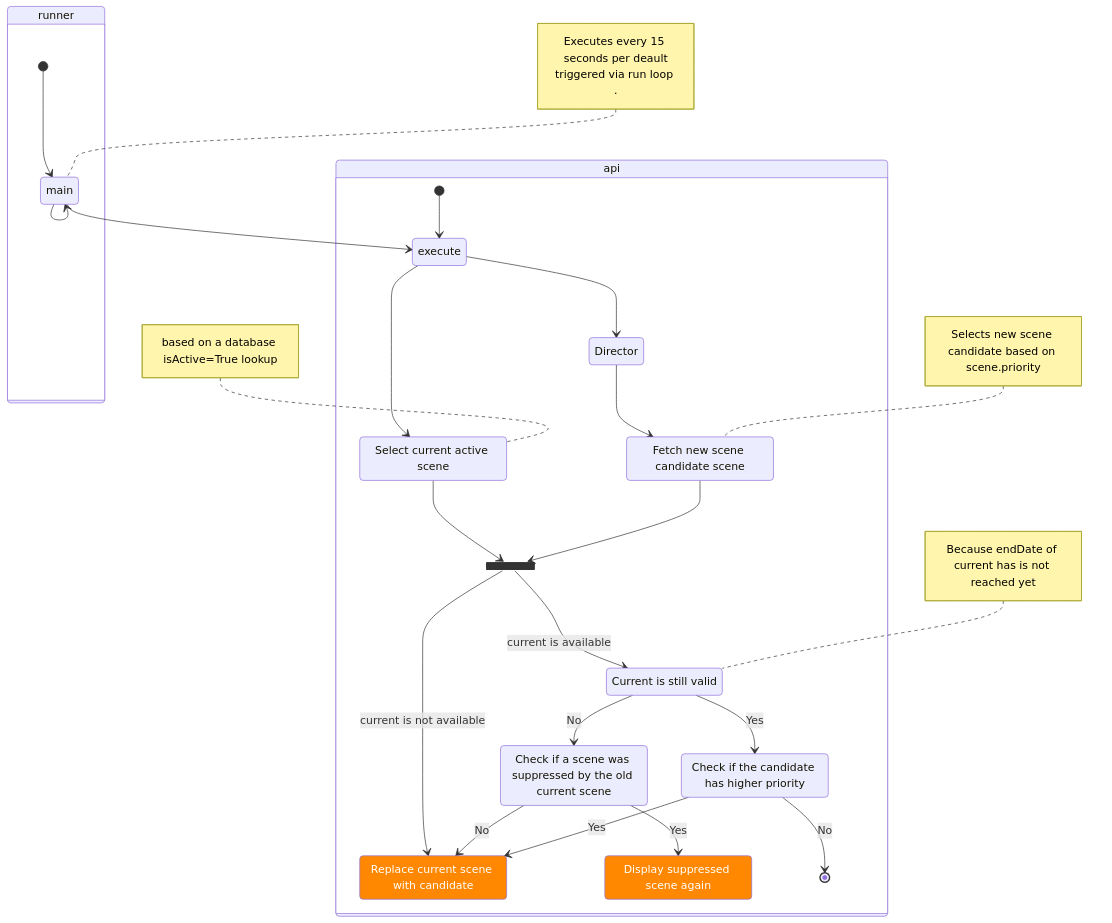
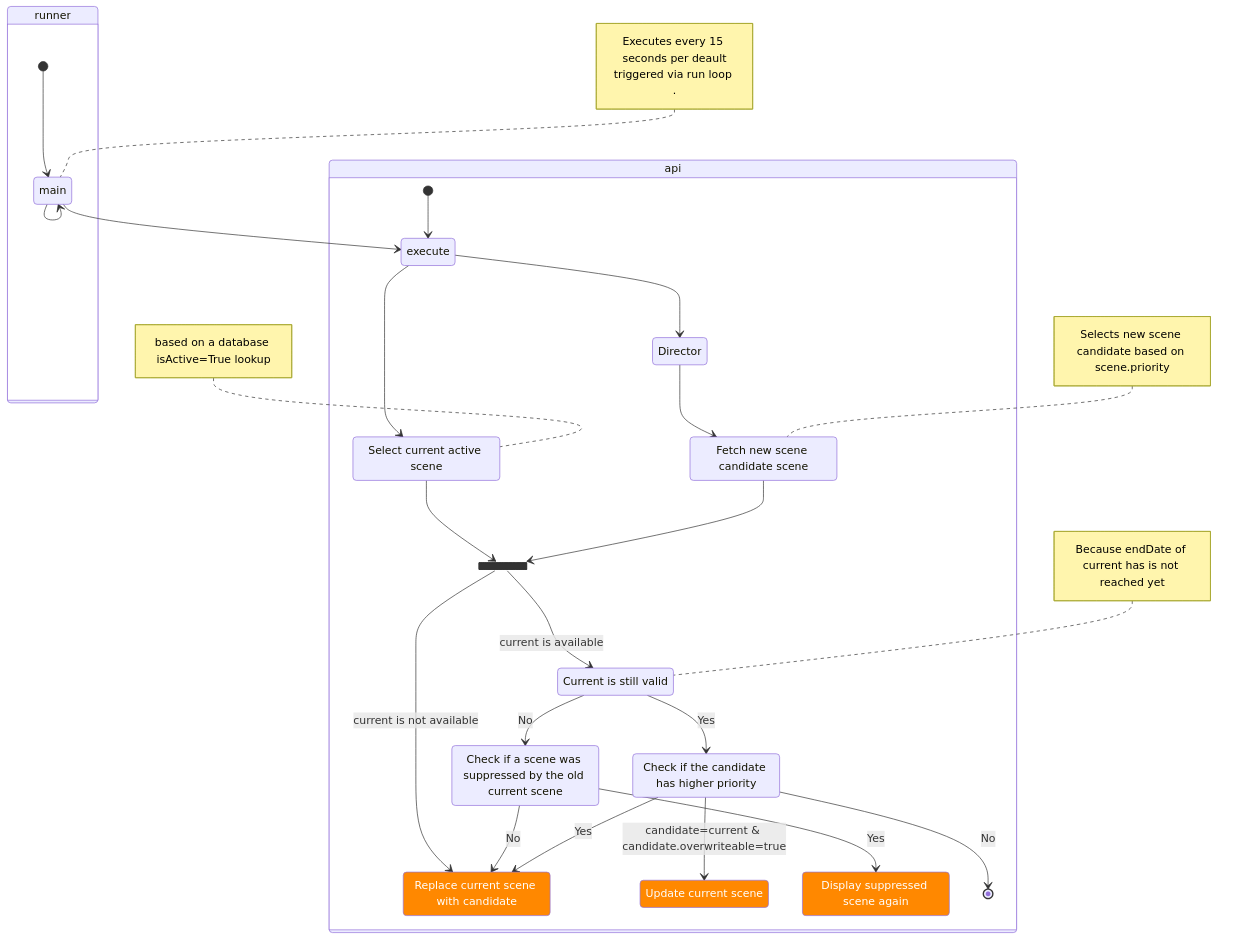
One commit to mrJakez/vestascenes changed the diagram in README.md. Above: the diagram before and after it, drawn with Mermaid.

Commit message:
update diagram

````diff
--- a/README.md
+++ b/README.md
@@ -11,69 +11,72 @@
 ```mermaid
 stateDiagram-v2
     classDef displayEvent fill:#f80,color:white
 
     state runner {
 
         direction TB
         [*] --> main
         note left of main
             Executes every 15 seconds per deault
             triggered via run loop 
             .
         end note
         main --> execute
         main --> main
         
     }
     state api {
         direction TB
 
         selectCurrent: Select current active scene
         selectCandidate: Fetch new scene candidate scene
         
         [*] --> execute
         execute --> Director
         Director --> selectCandidate
         note left of selectCandidate
             Selects new scene candidate based on scene.priority
         end note
         execute --> selectCurrent
         note left of selectCurrent
             based on a database isActive=True lookup
         end note
         
         state combine <<join>>
         selectCurrent --> combine
         selectCandidate --> combine
         
         state "Check if the candidate has higher priority" as candidate_prio_check
 
         state "Check if a scene was suppressed by the old current scene" as suppressed_check
         
         
         state "Current is still valid" as current_is_valid
         state "Replace current scene with candidate" as replace_with_candidate
+        state "Update current scene" as update_current
         state "Display suppressed scene again" as replace_with_suppressed
                
         combine --> current_is_valid: current is available
         note left of current_is_valid
             Because endDate of current has is not reached yet
         end note
         combine --> replace_with_candidate: current is not available
         current_is_valid --> candidate_prio_check: Yes
         current_is_valid --> suppressed_check: No
         suppressed_check --> replace_with_suppressed: Yes
         suppressed_check --> replace_with_candidate: No
         
         candidate_prio_check --> [*]: No
         candidate_prio_check --> replace_with_candidate: Yes
+        candidate_prio_check --> update_current: candidate=current & candidate.overwriteable=true
+
         
         
 
         
     }
     
     class replace_with_candidate displayEvent
-    class replace_with_suppressed displayEvent
-
+    class replace_with_suppressed displayEvent    
+    class update_current displayEvent
 ```
````
